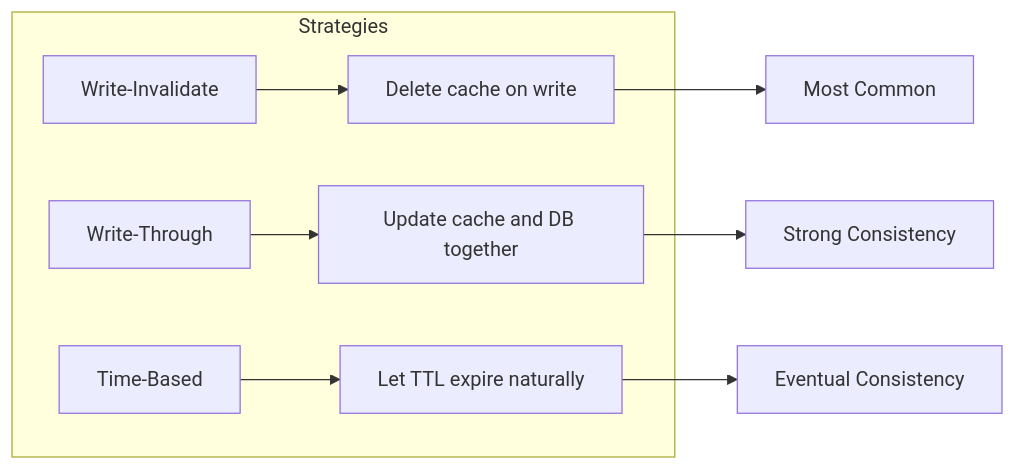
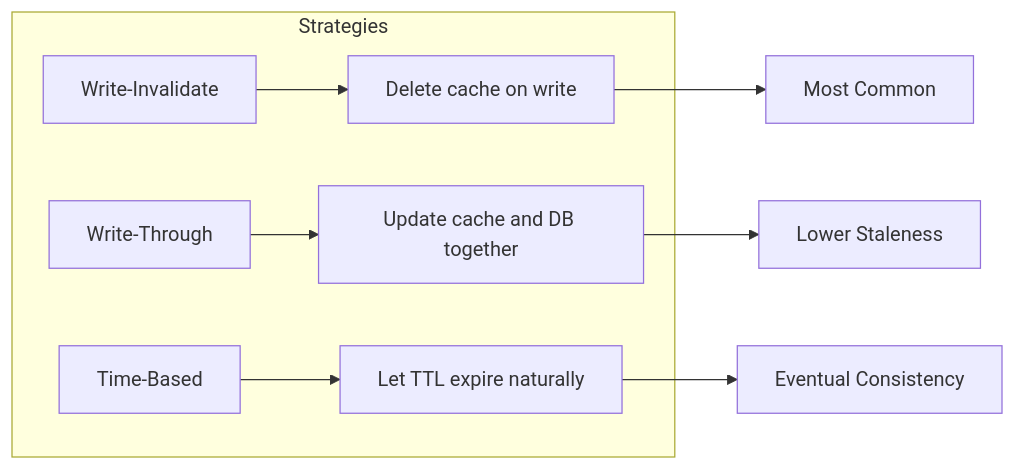
One commit to OneUptime/blog changed the second of 3 diagrams in posts/2026-01-30-cache-aside-pattern/README.md. Above: the diagram before and after it, drawn with Mermaid. The commit also changed other lines of this file and 2 other files, not shown here.

````diff
--- a/posts/2026-01-30-cache-aside-pattern/README.md
+++ b/posts/2026-01-30-cache-aside-pattern/README.md
@@ -178,12 +189,12 @@
 ```mermaid
 flowchart LR
     subgraph Strategies
         A[Write-Invalidate] --> B[Delete cache on write]
         C[Write-Through] --> D[Update cache and DB together]
         E[Time-Based] --> F[Let TTL expire naturally]
     end
 
     B --> G[Most Common]
-    D --> H[Strong Consistency]
+    D --> H[Lower Staleness]
     F --> I[Eventual Consistency]
 ```
````
